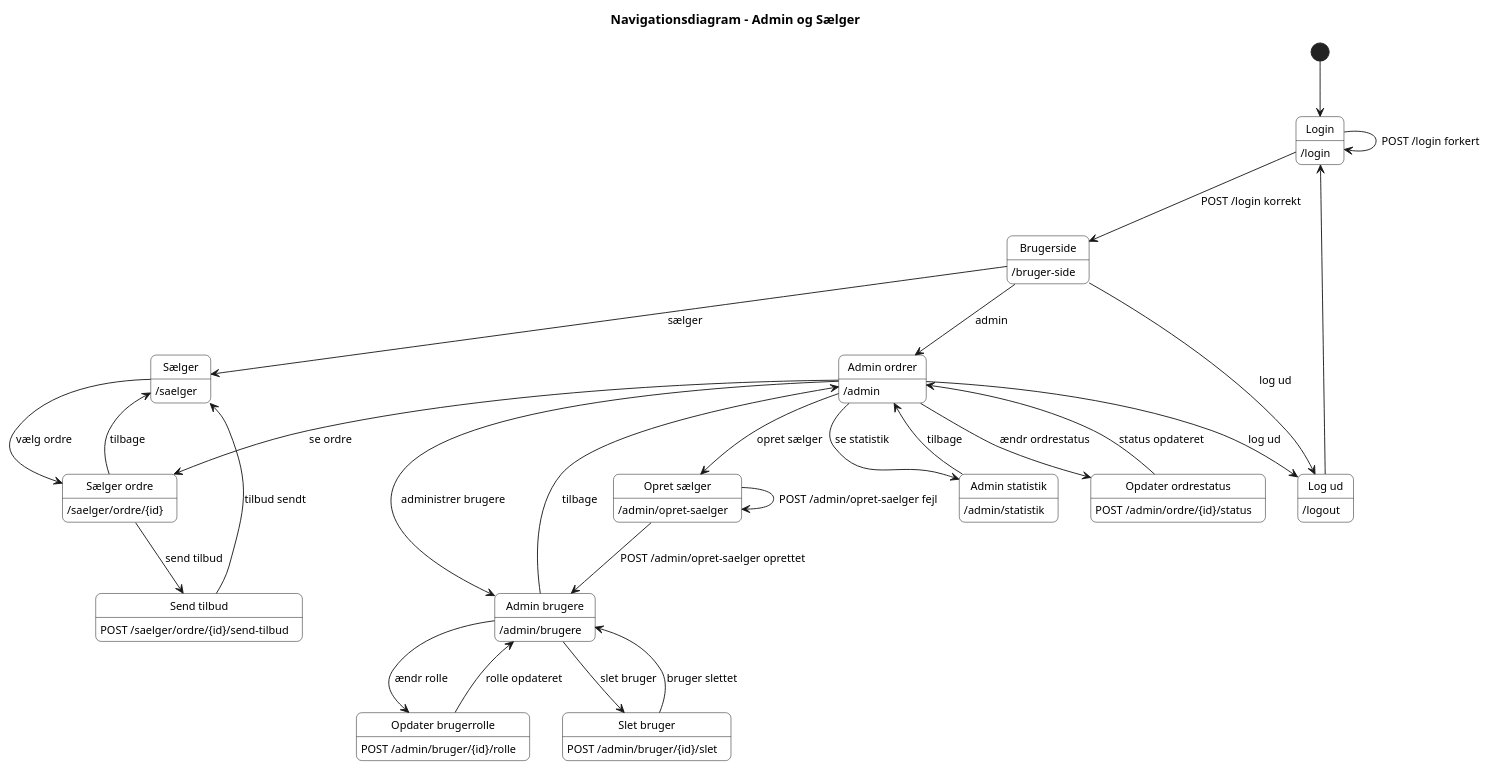
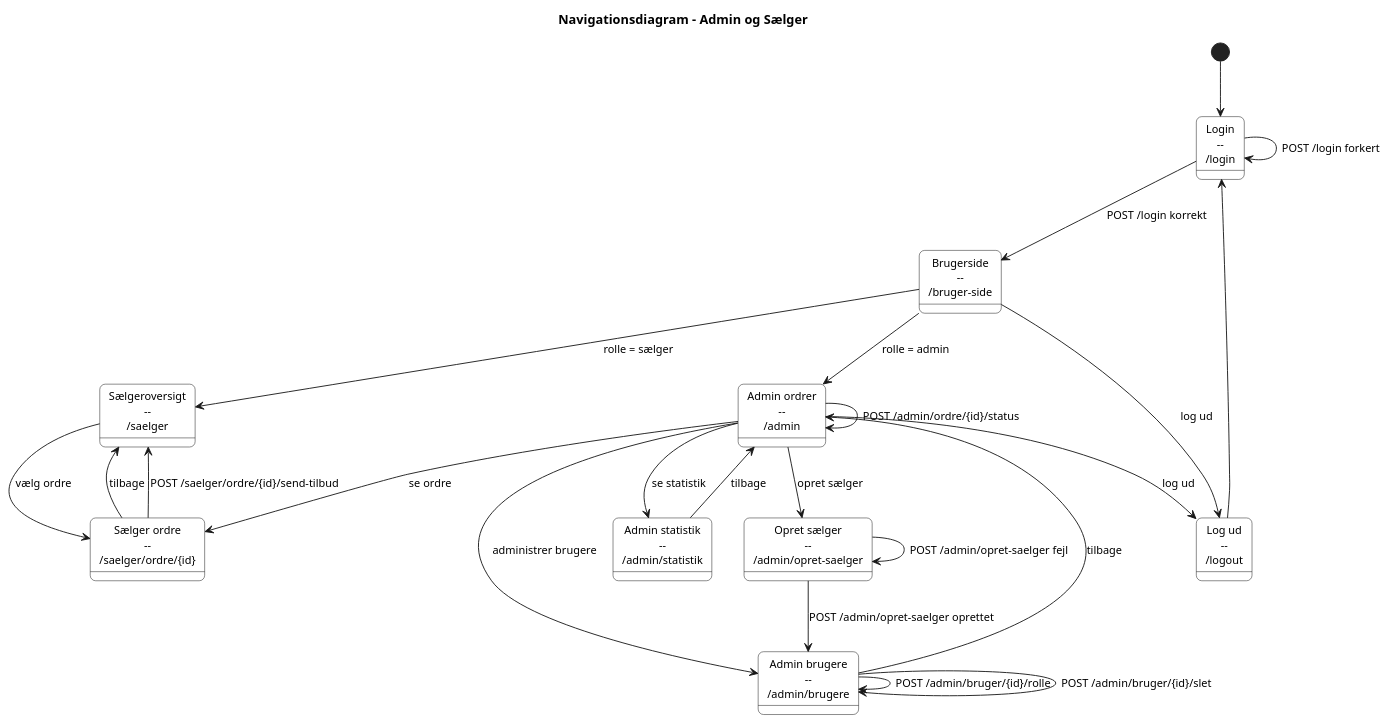
One commit to EmilOzel/Carport-FOG changed the diagram in src/main/resources/uml/NavigationsDiagram-SælgerAdmin-Caport.puml. Above: the diagram before and after it, drawn with PlantUML. The commit also changed 1 other file, not shown here.

Commit message:
ændret nav diagram til ny kodeversion

```diff
--- a/src/main/resources/uml/NavigationsDiagram-SælgerAdmin-Caport.puml
+++ b/src/main/resources/uml/NavigationsDiagram-SælgerAdmin-Caport.puml
@@ -1,93 +1,58 @@
 @startuml
 title Navigationsdiagram - Admin og Sælger
 
 skinparam backgroundColor white
 skinparam shadowing false
 skinparam defaultFontName Arial
 skinparam defaultFontSize 12
 skinparam roundcorner 12
 
 skinparam state {
     BackgroundColor white
     BorderColor black
     FontColor black
     StartColor black
     EndColor white
 }
 
 [*] --> Login
 
-state "Login" as Login
-Login : /login
-
-state "Brugerside" as Brugerside
-Brugerside : /bruger-side
-
-state "Sælger" as Saelger
-Saelger : /saelger
-
-state "Sælger ordre" as SaelgerOrdre
-SaelgerOrdre : /saelger/ordre/{id}
-
-state "Send tilbud" as SendTilbud
-SendTilbud : POST /saelger/ordre/{id}/send-tilbud
-
-state "Admin ordrer" as AdminOrdrer
-AdminOrdrer : /admin
-
-state "Admin brugere" as AdminBrugere
-AdminBrugere : /admin/brugere
-
-state "Admin statistik" as AdminStatistik
-AdminStatistik : /admin/statistik
-
-state "Opret sælger" as OpretSaelger
-OpretSaelger : /admin/opret-saelger
-
-state "Opdater ordrestatus" as OpdaterStatus
-OpdaterStatus : POST /admin/ordre/{id}/status
-
-state "Opdater brugerrolle" as OpdaterRolle
-OpdaterRolle : POST /admin/bruger/{id}/rolle
-
-state "Slet bruger" as SletBruger
-SletBruger : POST /admin/bruger/{id}/slet
-
-state "Log ud" as LogUd
-LogUd : /logout
+state "Login\n--\n/login" as Login
+state "Brugerside\n--\n/bruger-side" as Brugerside
+state "Sælgeroversigt\n--\n/saelger" as Saelger
+state "Sælger ordre\n--\n/saelger/ordre/{id}" as SaelgerOrdre
+state "Admin ordrer\n--\n/admin" as AdminOrdrer
+state "Admin brugere\n--\n/admin/brugere" as AdminBrugere
+state "Admin statistik\n--\n/admin/statistik" as AdminStatistik
+state "Opret sælger\n--\n/admin/opret-saelger" as OpretSaelger
+state "Log ud\n--\n/logout" as LogUd
 
 Login --> Brugerside : POST /login korrekt
 Login --> Login : POST /login forkert
 
-Brugerside --> Saelger : sælger
-Brugerside --> AdminOrdrer : admin
+Brugerside --> Saelger : rolle = sælger
+Brugerside --> AdminOrdrer : rolle = admin
 Brugerside --> LogUd : log ud
 LogUd --> Login
 
 Saelger --> SaelgerOrdre : vælg ordre
-SaelgerOrdre --> SendTilbud : send tilbud
-SendTilbud --> Saelger : tilbud sendt
 SaelgerOrdre --> Saelger : tilbage
+SaelgerOrdre --> Saelger : POST /saelger/ordre/{id}/send-tilbud
 
 AdminOrdrer --> AdminBrugere : administrer brugere
 AdminOrdrer --> AdminStatistik : se statistik
 AdminOrdrer --> OpretSaelger : opret sælger
-AdminOrdrer --> OpdaterStatus : ændr ordrestatus
-OpdaterStatus --> AdminOrdrer : status opdateret
+AdminOrdrer --> AdminOrdrer : POST /admin/ordre/{id}/status
+AdminOrdrer --> SaelgerOrdre : se ordre
+AdminOrdrer --> LogUd : log ud
 
-AdminOrdrer --> SaelgerOrdre : se ordre
-
-AdminBrugere --> OpdaterRolle : ændr rolle
-OpdaterRolle --> AdminBrugere : rolle opdateret
-AdminBrugere --> SletBruger : slet bruger
-SletBruger --> AdminBrugere : bruger slettet
+AdminBrugere --> AdminBrugere : POST /admin/bruger/{id}/rolle
+AdminBrugere --> AdminBrugere : POST /admin/bruger/{id}/slet
 AdminBrugere --> AdminOrdrer : tilbage
 
 AdminStatistik --> AdminOrdrer : tilbage
 
 OpretSaelger --> AdminBrugere : POST /admin/opret-saelger oprettet
 OpretSaelger --> OpretSaelger : POST /admin/opret-saelger fejl
 
-AdminOrdrer --> LogUd : log ud
-
 @enduml
```
